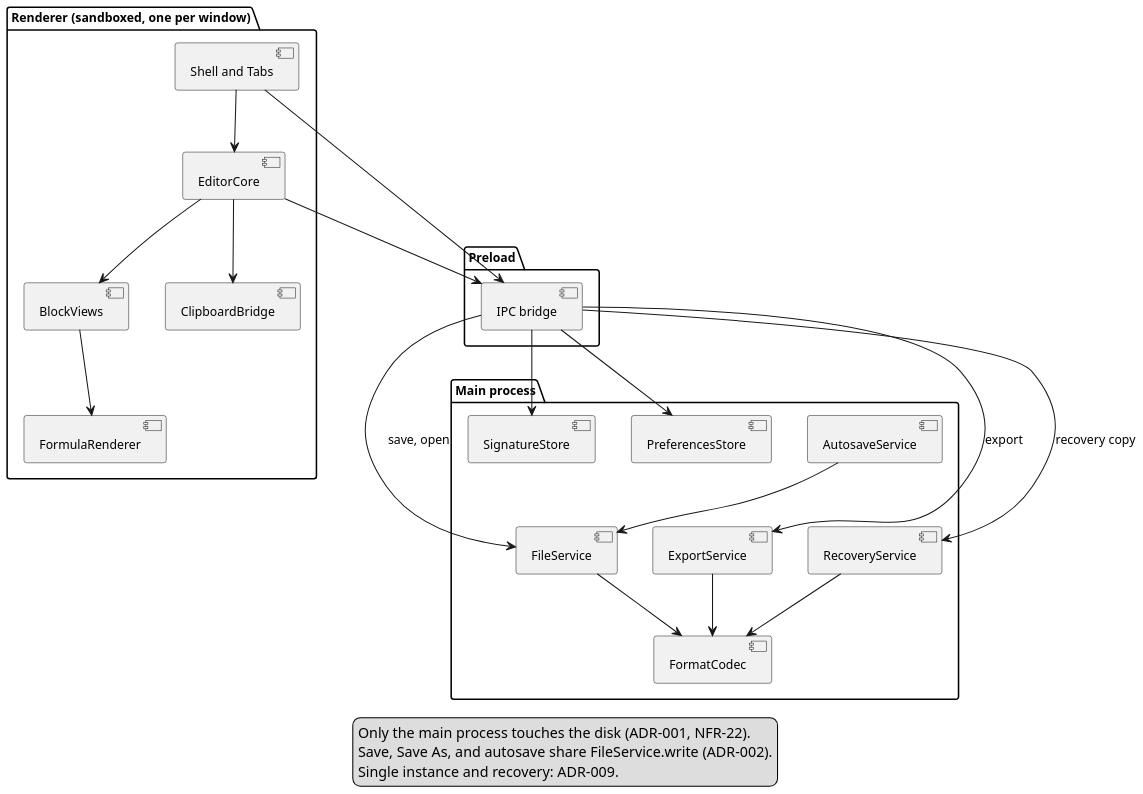
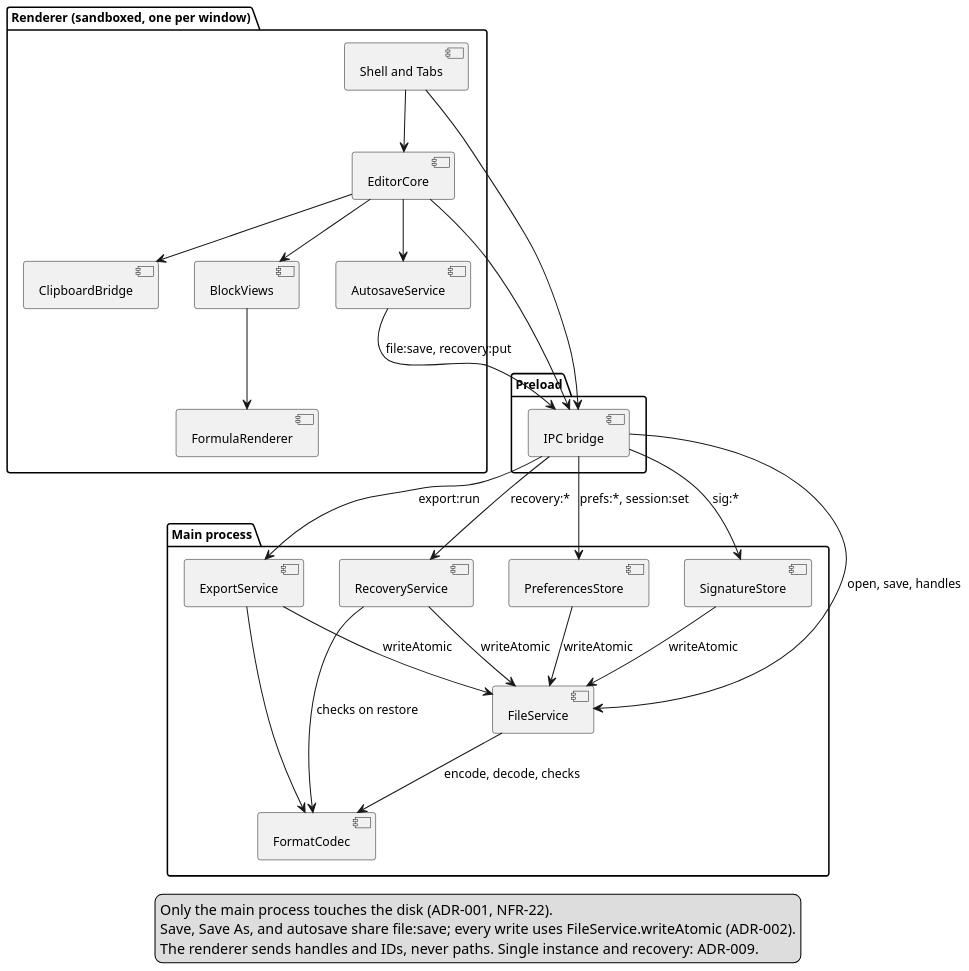
Before and after one commit to fillicianoplong/obelisk: the diagram in docs/diagrams/02-component.puml, drawn with PlantUML. The commit also changed 19 other files, not shown here.

Commit message:
Docs: SRS and architecture 1.1 (design, data model, and security review fixes)

```diff
--- a/docs/diagrams/02-component.puml
+++ b/docs/diagrams/02-component.puml
@@ -1,45 +1,50 @@
 @startuml obelisk_component
 skinparam shadowing false
 skinparam defaultFontName Arial
 skinparam defaultFontSize 12
 skinparam dpi 140
 package "Renderer (sandboxed, one per window)" {
   [Shell and Tabs] as Shell
   [EditorCore] as Core
   [BlockViews] as Views
   [FormulaRenderer] as Formula
   [ClipboardBridge] as Clip
+  [AutosaveService] as Auto
 }
 package "Preload" {
   [IPC bridge] as IPC
 }
 package "Main process" {
   [FileService] as Files
   [FormatCodec] as Codec
-  [AutosaveService] as Auto
   [ExportService] as Export
   [SignatureStore] as Sig
   [PreferencesStore] as Prefs
   [RecoveryService] as Rec
 }
 Shell --> Core
 Core --> Views
 Views --> Formula
 Core --> Clip
+Core --> Auto
 Shell --> IPC
 Core --> IPC
-IPC --> Files : save, open
-IPC --> Export : export
-IPC --> Sig
-IPC --> Prefs
-Files --> Codec
-IPC --> Rec : recovery copy
-Rec --> Codec
-Auto --> Files
+Auto --> IPC : file:save, recovery:put
+IPC --> Files : open, save, handles
+IPC --> Export : export:run
+IPC --> Sig : sig:*
+IPC --> Prefs : prefs:*, session:set
+IPC --> Rec : recovery:*
+Files --> Codec : encode, decode, checks
+Rec --> Codec : checks on restore
 Export --> Codec
+Export --> Files : writeAtomic
+Sig --> Files : writeAtomic
+Prefs --> Files : writeAtomic
+Rec --> Files : writeAtomic
 legend bottom
  Only the main process touches the disk (ADR-001, NFR-22).
- Save, Save As, and autosave share FileService.write (ADR-002).
- Single instance and recovery: ADR-009.
+ Save, Save As, and autosave share file:save; every write uses FileService.writeAtomic (ADR-002).
+ The renderer sends handles and IDs, never paths. Single instance and recovery: ADR-009.
 endlegend
 @enduml
```
